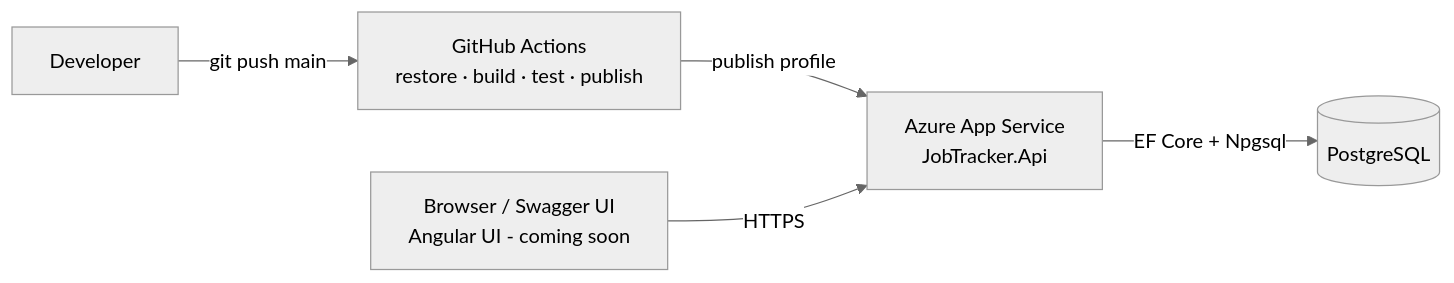
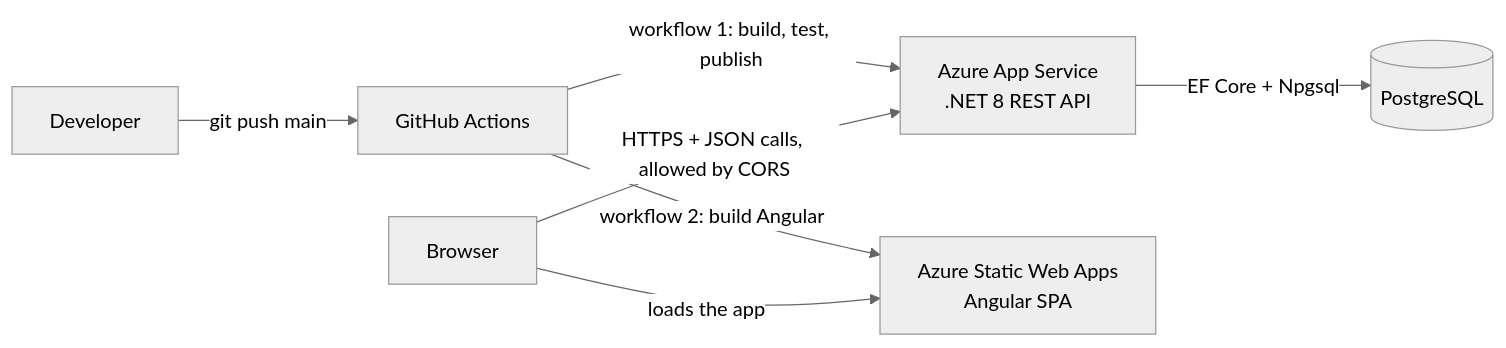
Before and after one commit to juanmunoz00/job-tracker: the diagram in README.md, drawn with Mermaid (neutral theme). The commit also changed other lines of this file, not shown here.

Commit message:
Rewrite README as a full build guide with definitions

````diff
--- a/README.md
+++ b/README.md
@@ -28,7 +60,9 @@
 ```mermaid
 flowchart LR
-    Dev[Developer] -->|git push main| GH[GitHub Actions<br/>restore · build · test · publish]
-    GH -->|publish profile| AZ[Azure App Service<br/>JobTracker.Api]
-    Client[Browser / Swagger UI<br/>Angular UI - coming soon] -->|HTTPS| AZ
-    AZ -->|EF Core + Npgsql| DB[(PostgreSQL)]
+    Dev[Developer] -->|git push main| GH[GitHub Actions]
+    GH -->|workflow 1: build, test, publish| API[Azure App Service<br/>.NET 8 REST API]
+    GH -->|workflow 2: build Angular| SWA[Azure Static Web Apps<br/>Angular SPA]
+    User[Browser] -->|loads the app| SWA
+    User -->|HTTPS + JSON calls, allowed by CORS| API
+    API -->|EF Core + Npgsql| DB[(PostgreSQL)]
 ```
````
